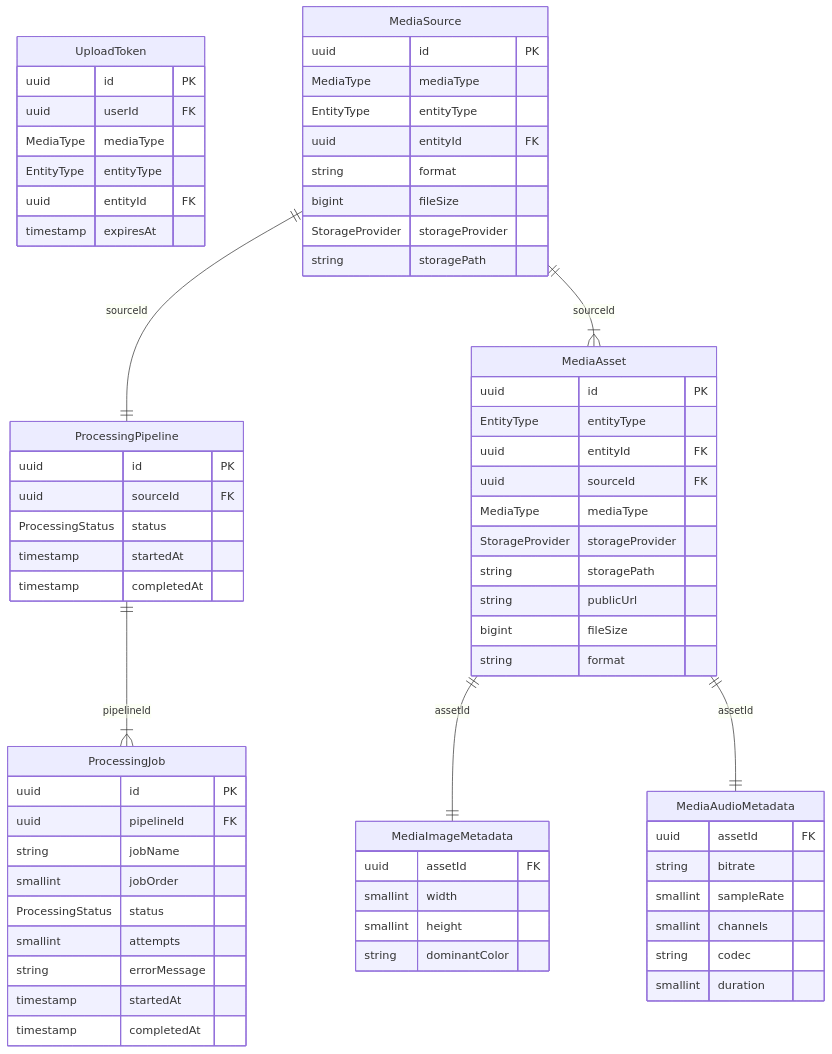
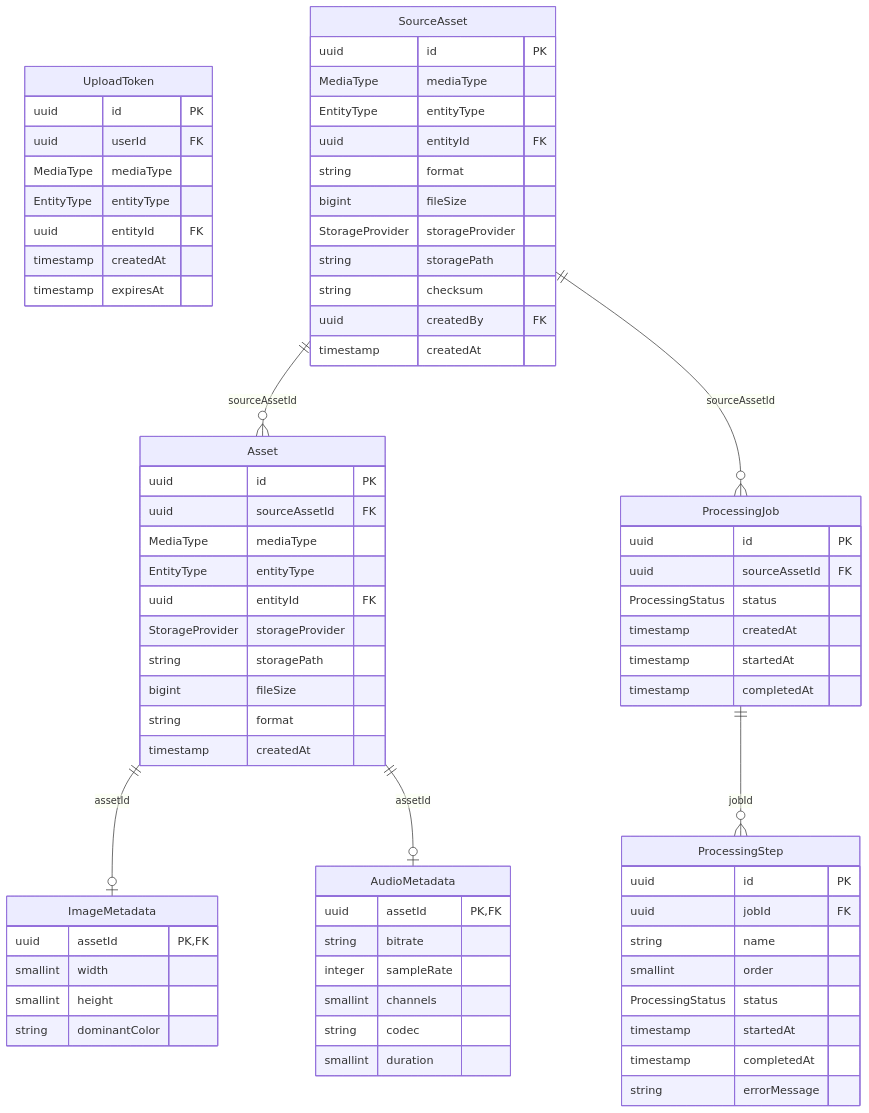
The diagram in apps/server/docs/database/media.md (mrcatlait/neko-music), drawn with Mermaid before and after one commit. The commit also changed other lines of this file and 90 other files, not shown here.

````diff
--- a/apps/server/docs/database/media.md
+++ b/apps/server/docs/database/media.md
@@ -1,76 +3,80 @@
 ```mermaid
 erDiagram
   UploadToken {
     uuid id PK
     uuid userId FK
     MediaType mediaType
     EntityType entityType
     uuid entityId FK
+    timestamp createdAt
     timestamp expiresAt
   }
 
-  MediaSource {
+  SourceAsset {
     uuid id PK
     MediaType mediaType
     EntityType entityType
     uuid entityId FK
     string format
     bigint fileSize
     StorageProvider storageProvider
     string storagePath
+    string checksum
+    uuid createdBy FK
+    timestamp createdAt
   }
-  MediaSource ||--1 ProcessingPipeline : sourceId
-  MediaSource ||--many(1) MediaAsset : sourceId
+  SourceAsset ||--o{ Asset : sourceAssetId
+  SourceAsset ||--o{ ProcessingJob : sourceAssetId
 
-  MediaAsset {
+  Asset {
     uuid id PK
+    uuid sourceAssetId FK
+    MediaType mediaType
     EntityType entityType
     uuid entityId FK
-    uuid sourceId FK
-    MediaType mediaType
     StorageProvider storageProvider
     string storagePath
-    string publicUrl
     bigint fileSize
     string format
+    timestamp createdAt
   }
-  MediaAsset ||--1 MediaImageMetadata : assetId
-  MediaAsset ||--1 MediaAudioMetadata : assetId
+  Asset ||--o| ImageMetadata : assetId
+  Asset ||--o| AudioMetadata : assetId
 
-  MediaImageMetadata {
-    uuid assetId FK
+  ImageMetadata {
+    uuid assetId PK,FK
     smallint width
     smallint height
     string dominantColor
   }
 
-  MediaAudioMetadata {
-    uuid assetId FK
+  AudioMetadata {
+    uuid assetId PK,FK
     string bitrate
-    smallint sampleRate
+    integer sampleRate
     smallint channels
     string codec
     smallint duration
   }
 
-  ProcessingPipeline {
+  ProcessingJob {
     uuid id PK
-    uuid sourceId FK
+    uuid sourceAssetId FK
+    ProcessingStatus status
+    timestamp createdAt
+    timestamp startedAt
+    timestamp completedAt
+  }
+  ProcessingJob ||--o{ ProcessingStep : jobId
+
+  ProcessingStep {
+    uuid id PK
+    uuid jobId FK
+    string name
+    smallint order
     ProcessingStatus status
     timestamp startedAt
     timestamp completedAt
-  }
-  ProcessingPipeline ||--many(1) ProcessingJob : pipelineId
-
-  ProcessingJob {
-    uuid id PK
-    uuid pipelineId FK
-    string jobName
-    smallint jobOrder
-    ProcessingStatus status
-    smallint attempts
     string errorMessage
-    timestamp startedAt
-    timestamp completedAt
   }
 ```
````
